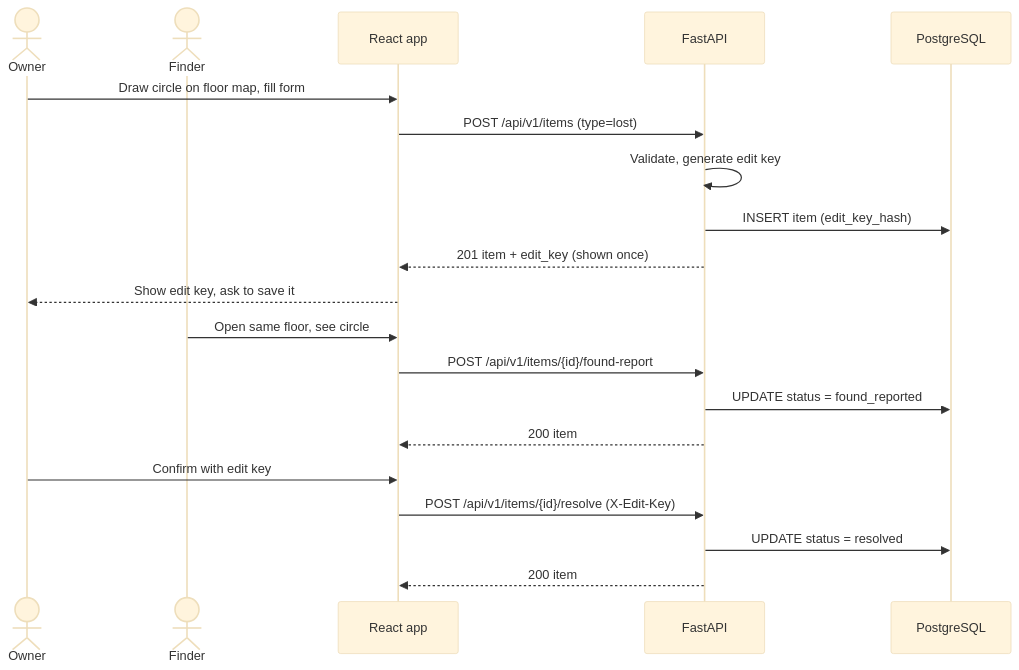
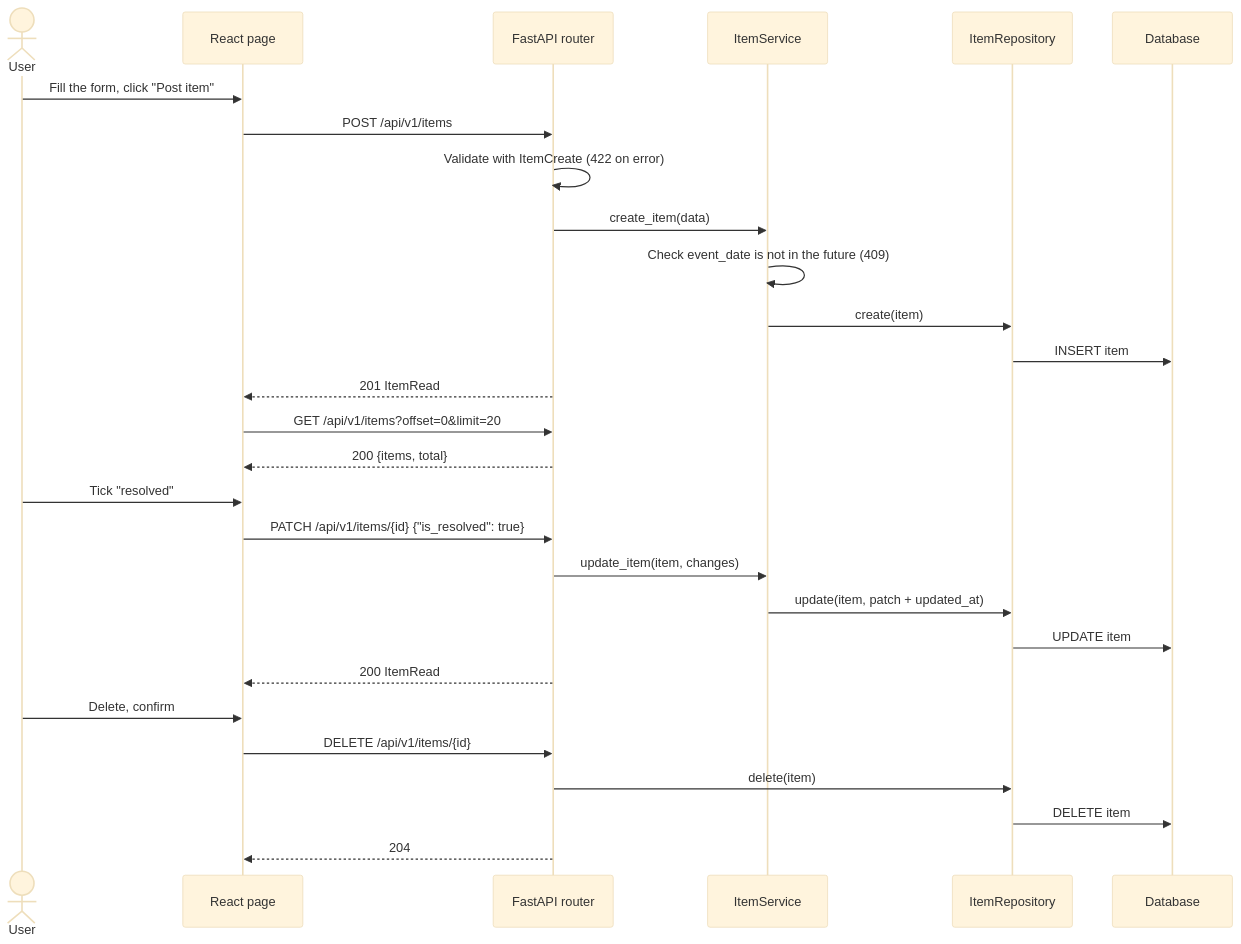
The second of 6 diagrams in docs/03-tdd.md (Rifat-stack/2311188_LostSpot), drawn with Mermaid (base theme) before and after one commit. The commit also changed other lines of this file and 4 other files, not shown here.

````diff
--- a/docs/03-tdd.md
+++ b/docs/03-tdd.md
@@ -57,22 +60,30 @@
 ```mermaid
 sequenceDiagram
-    actor O as Owner
-    actor F as Finder
-    participant UI as React app
-    participant API as FastAPI
-    participant DB as PostgreSQL
-    O->>UI: Draw circle on floor map, fill form
-    UI->>API: POST /api/v1/items (type=lost)
-    API->>API: Validate, generate edit key
-    API->>DB: INSERT item (edit_key_hash)
-    API-->>UI: 201 item + edit_key (shown once)
-    UI-->>O: Show edit key, ask to save it
-    F->>UI: Open same floor, see circle
-    UI->>API: POST /api/v1/items/{id}/found-report
-    API->>DB: UPDATE status = found_reported
-    API-->>UI: 200 item
-    O->>UI: Confirm with edit key
-    UI->>API: POST /api/v1/items/{id}/resolve (X-Edit-Key)
-    API->>DB: UPDATE status = resolved
-    API-->>UI: 200 item
+    actor U as User
+    participant UI as React page
+    participant API as FastAPI router
+    participant S as ItemService
+    participant R as ItemRepository
+    participant DB as Database
+    U->>UI: Fill the form, click "Post item"
+    UI->>API: POST /api/v1/items
+    API->>API: Validate with ItemCreate (422 on error)
+    API->>S: create_item(data)
+    S->>S: Check event_date is not in the future (409)
+    S->>R: create(item)
+    R->>DB: INSERT item
+    API-->>UI: 201 ItemRead
+    UI->>API: GET /api/v1/items?offset=0&limit=20
+    API-->>UI: 200 {items, total}
+    U->>UI: Tick "resolved"
+    UI->>API: PATCH /api/v1/items/{id} {"is_resolved": true}
+    API->>S: update_item(item, changes)
+    S->>R: update(item, patch + updated_at)
+    R->>DB: UPDATE item
+    API-->>UI: 200 ItemRead
+    U->>UI: Delete, confirm
+    UI->>API: DELETE /api/v1/items/{id}
+    API->>R: delete(item)
+    R->>DB: DELETE item
+    API-->>UI: 204
 ```
````
